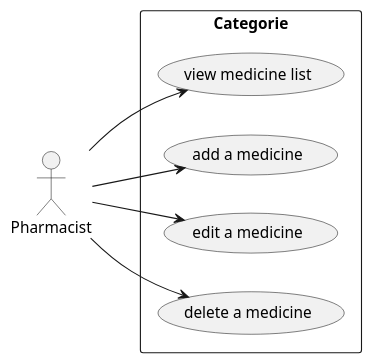
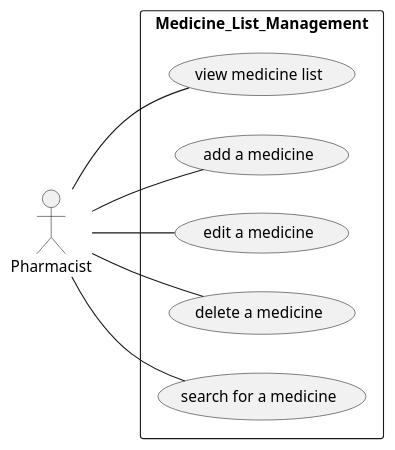
One commit to Suirita/2.Sas-Javascript changed the diagram in use_case_diagram.pu. Above: the diagram before and after it, drawn with PlantUML. The commit also changed 3 other files, not shown here.

Commit message:
class-diagram

```diff
--- a/use_case_diagram.pu
+++ b/use_case_diagram.pu
@@ -1,18 +1,20 @@
-@startuml
+@startuml Medicine_List_Management
 left to right direction
 
 actor Pharmacist
 
-rectangle Categorie{
+rectangle Medicine_List_Management{
   usecase "view medicine list" as UC1
   usecase "add a medicine" as UC2
   usecase "edit a medicine" as UC3
   usecase "delete a medicine" as UC4
+  usecase "search for a medicine" as UC5
 }
 
-Pharmacist --> UC1
-Pharmacist --> UC2
-Pharmacist --> UC3
-Pharmacist --> UC4
+Pharmacist -- UC1
+Pharmacist -- UC2
+Pharmacist -- UC3
+Pharmacist -- UC4
+Pharmacist -- UC5
 
 @enduml
```
